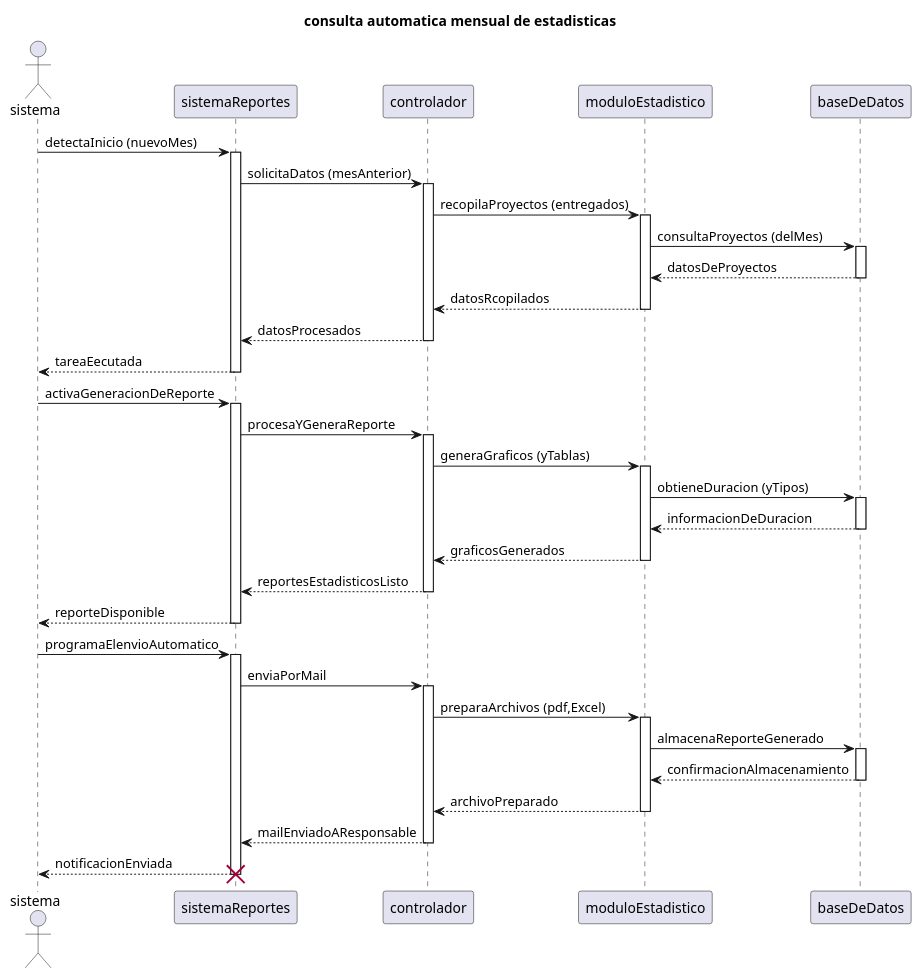
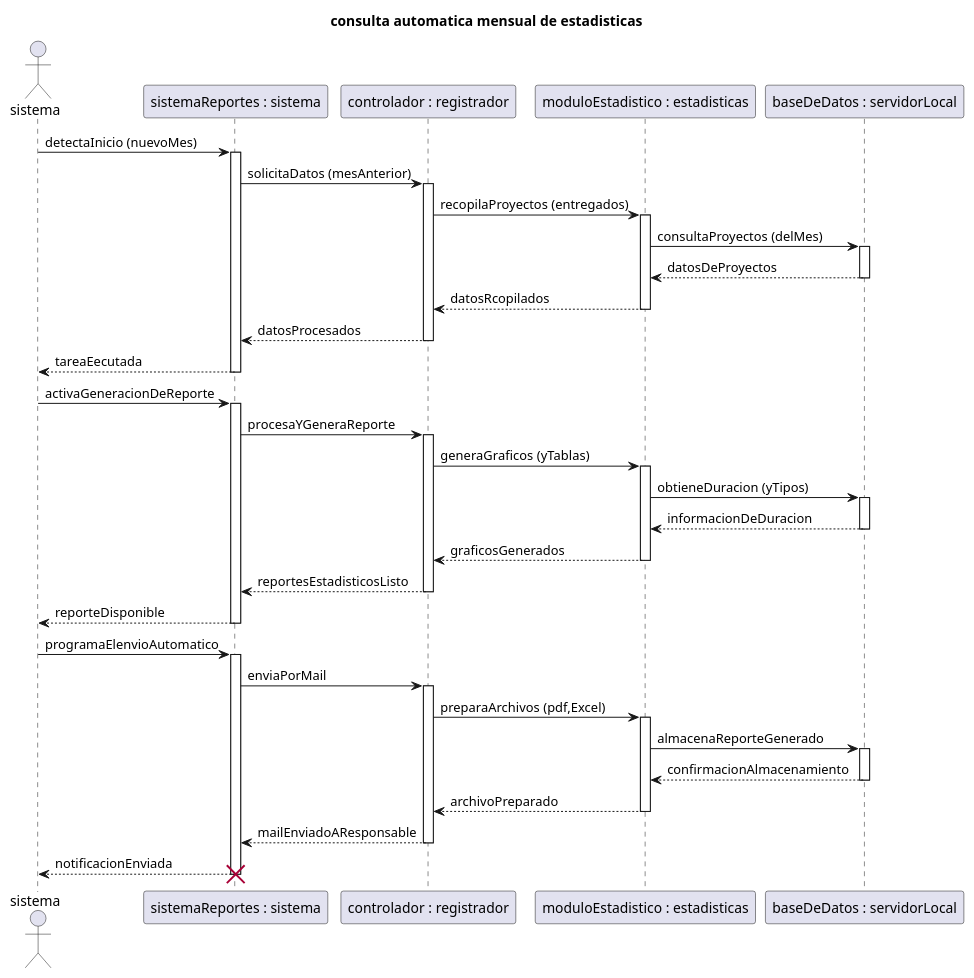
The diagram in diagramas/05-diagramas-secuencia/05-secuencia-consulta-estadisticas-consulta-automatica-mensual-de-estadisticas-04.puml (9919-Mili/SistemaProductoraVideos), drawn with PlantUML before and after one commit. The commit also changed 9 other files, not shown here.

```diff
--- a/diagramas/05-diagramas-secuencia/05-secuencia-consulta-estadisticas-consulta-automatica-mensual-de-estadisticas-04.puml
+++ b/diagramas/05-diagramas-secuencia/05-secuencia-consulta-estadisticas-consulta-automatica-mensual-de-estadisticas-04.puml
@@ -1,65 +1,65 @@
 @startuml 
 title consulta automatica mensual de estadisticas 
 
 actor sistema
-participant sistemaReportes as sistemaReportes
-participant controlador as controlador
-participant moduloEstadistico as moduloEstadistico
-participant baseDeDatos as baseDeDatos
+participant "sistemaReportes : sistema" as sistemaReportes
+participant "controlador : registrador" as controlador
+participant "moduloEstadistico : estadisticas" as moduloEstadistico
+participant "baseDeDatos : servidorLocal" as baseDeDatos
 
 sistema -> sistemaReportes: detectaInicio (nuevoMes)
 activate sistemaReportes
 sistemaReportes -> controlador: solicitaDatos (mesAnterior) 
 activate controlador
 controlador -> moduloEstadistico: recopilaProyectos (entregados) 
 activate moduloEstadistico
 moduloEstadistico -> baseDeDatos: consultaProyectos (delMes)
 activate baseDeDatos
 baseDeDatos --> moduloEstadistico: datosDeProyectos
 deactivate baseDeDatos
 moduloEstadistico --> controlador: datosRcopilados 
 deactivate moduloEstadistico
 controlador --> sistemaReportes: datosProcesados
 deactivate controlador
 sistemaReportes --> sistema: tareaEecutada
 deactivate sistemaReportes
 
 
 sistema -> sistemaReportes: activaGeneracionDeReporte
 activate sistemaReportes
 sistemaReportes -> controlador: procesaYGeneraReporte 
 activate controlador
 controlador -> moduloEstadistico: generaGraficos (yTablas) 
 activate moduloEstadistico
 moduloEstadistico -> baseDeDatos: obtieneDuracion (yTipos)
 activate baseDeDatos 
 baseDeDatos --> moduloEstadistico: informacionDeDuracion
 deactivate baseDeDatos
 moduloEstadistico --> controlador: graficosGenerados 
 deactivate moduloEstadistico
 controlador --> sistemaReportes: reportesEstadisticosListo
 deactivate controlador 
 sistemaReportes --> sistema: reporteDisponible
 deactivate sistemaReportes
 
 
 sistema -> sistemaReportes: programaElenvioAutomatico 
 activate sistemaReportes
 sistemaReportes -> controlador: enviaPorMail
 activate controlador
 controlador -> moduloEstadistico: preparaArchivos (pdf,Excel) 
 activate moduloEstadistico
 moduloEstadistico -> baseDeDatos: almacenaReporteGenerado 
 activate baseDeDatos
 baseDeDatos --> moduloEstadistico: confirmacionAlmacenamiento
 deactivate baseDeDatos
 moduloEstadistico --> controlador: archivoPreparado 
 deactivate moduloEstadistico
 controlador --> sistemaReportes: mailEnviadoAResponsable 
 deactivate controlador
 sistemaReportes --> sistema: notificacionEnviada 
 deactivate sistemaReportes
 
 destroy sistemaReportes
 
 @enduml
```
